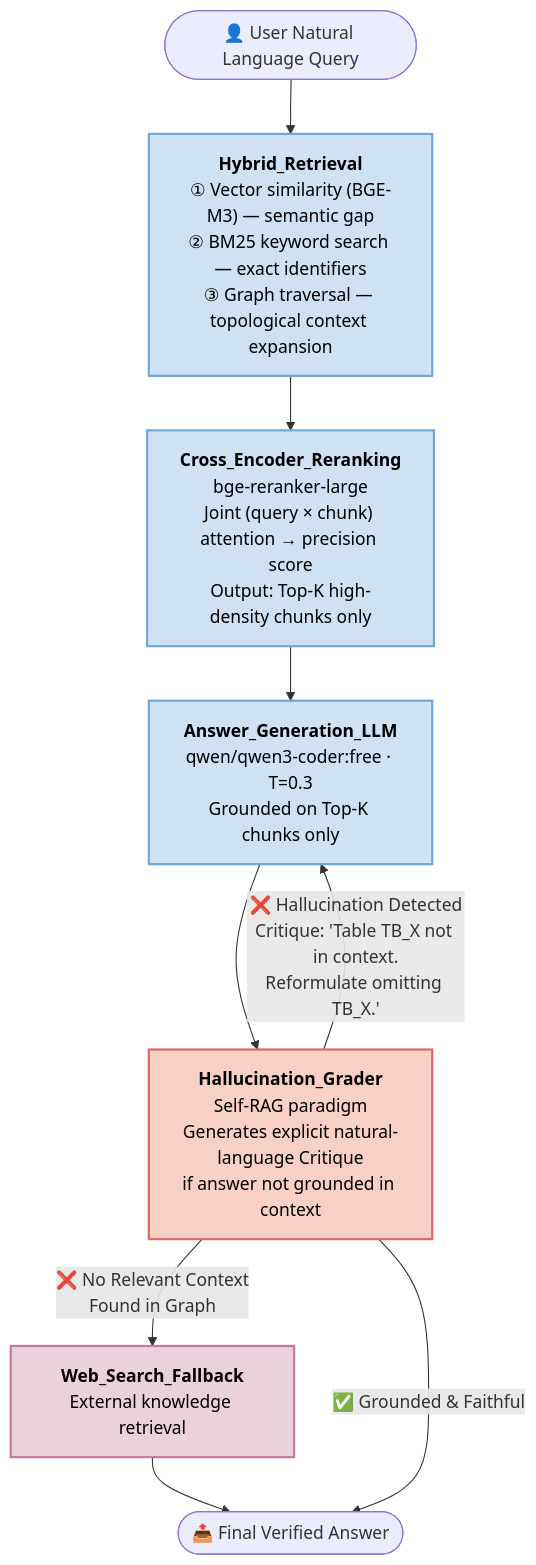
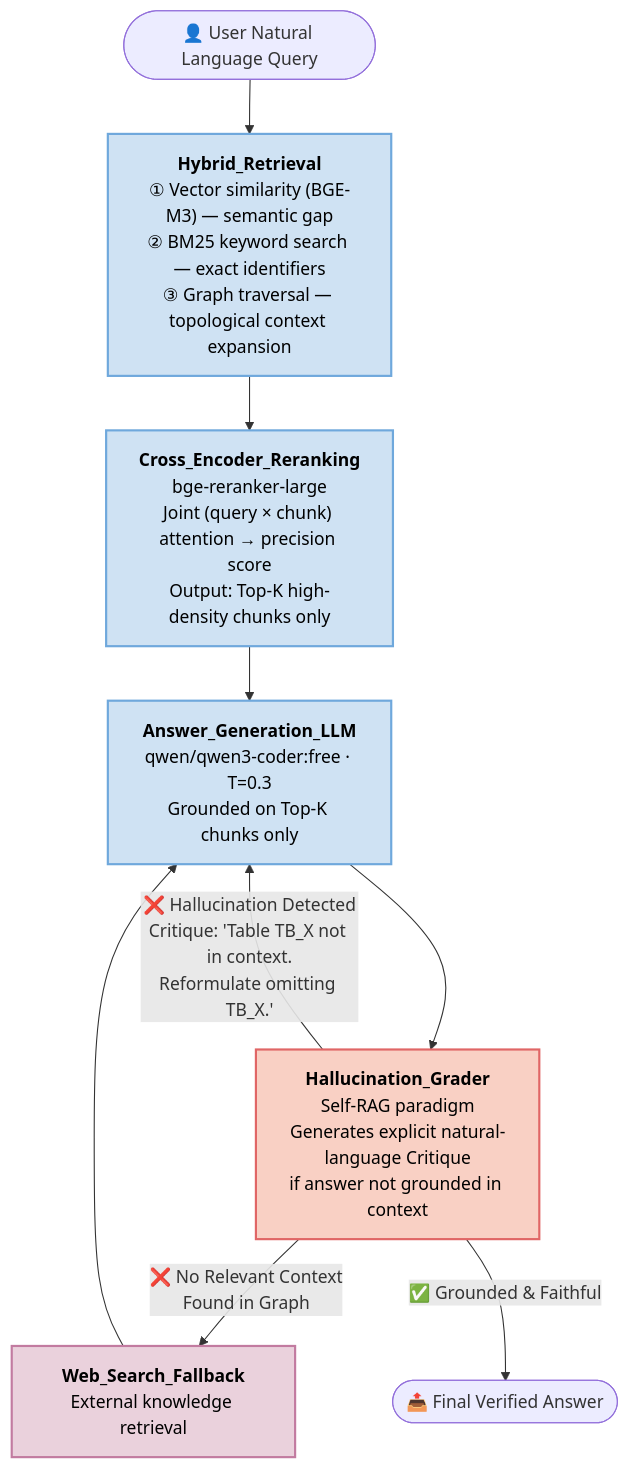
Before and after one commit to LookUpMark/semanticmesh: the fifth of 8 diagrams in docs/draft/SPECS.md, drawn with Mermaid. The commit also changed other lines of this file, not shown here.

Commit message:
fix: Update flow diagrams and fix structural errors in SPECS.md

````diff
--- a/docs/draft/SPECS.md
+++ b/docs/draft/SPECS.md
@@ -342,32 +345,32 @@
 ```mermaid
 graph TD
     Start(["👤 User Natural Language Query"]) --> Hybrid
 
     Hybrid["<b>Hybrid_Retrieval</b><br/>① Vector similarity (BGE-M3) — semantic gap<br/>② BM25 keyword search — exact identifiers<br/>③ Graph traversal — topological context expansion"]
     Hybrid --> Rerank
 
     Rerank["<b>Cross_Encoder_Reranking</b><br/>bge-reranker-large<br/>Joint (query × chunk) attention → precision score<br/>Output: Top-K high-density chunks only"]
     Rerank --> Generate
 
     Generate["<b>Answer_Generation_LLM</b><br/>qwen/qwen3-coder:free · T=0.3<br/>Grounded on Top-K chunks only"]
     Generate --> Grade
 
     Grade["<b>Hallucination_Grader</b><br/>Self-RAG paradigm<br/>Generates explicit natural-language Critique<br/>if answer not grounded in context"]
 
     Grade -- "❌ Hallucination Detected\nCritique: 'Table TB_X not in context.\nReformulate omitting TB_X.'" --> Generate
     Grade -- "❌ No Relevant Context\nFound in Graph" --> Fallback
 
     Fallback["<b>Web_Search_Fallback</b><br/>External knowledge retrieval"]
-    Fallback --> Output
+    Fallback --> Generate
 
     Grade -- "✅ Grounded & Faithful" --> Output
 
     Output(["📤 Final Verified Answer"])
 
     classDef loop fill:#f9d0c4,stroke:#e06666,stroke-width:2px,color:#000
     classDef node_ fill:#cfe2f3,stroke:#6fa8dc,stroke-width:2px,color:#000
     classDef fallback fill:#ead1dc,stroke:#c27ba0,stroke-width:2px,color:#000
     class Grade loop
     class Hybrid,Rerank,Generate node_
     class Fallback fallback
 ```
````
